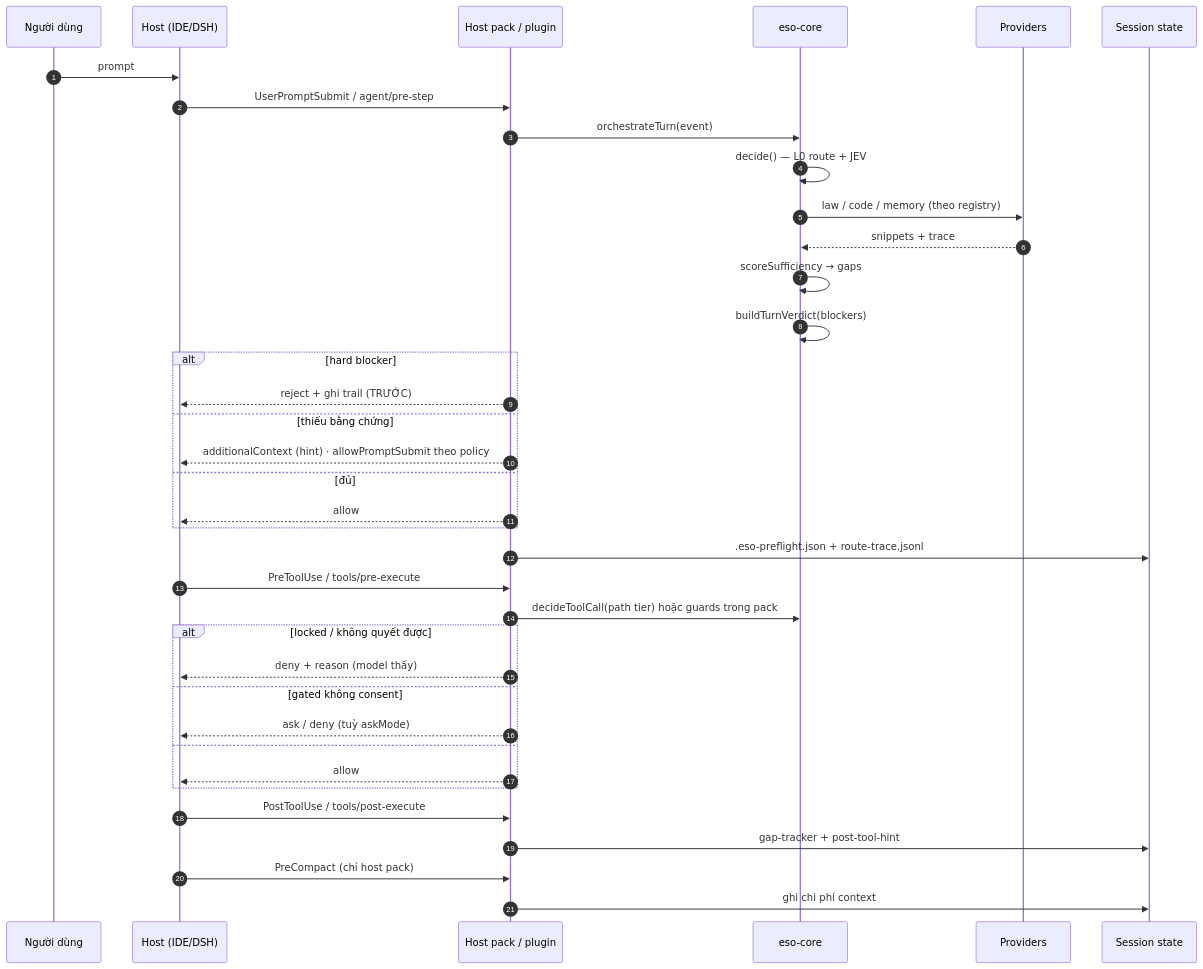
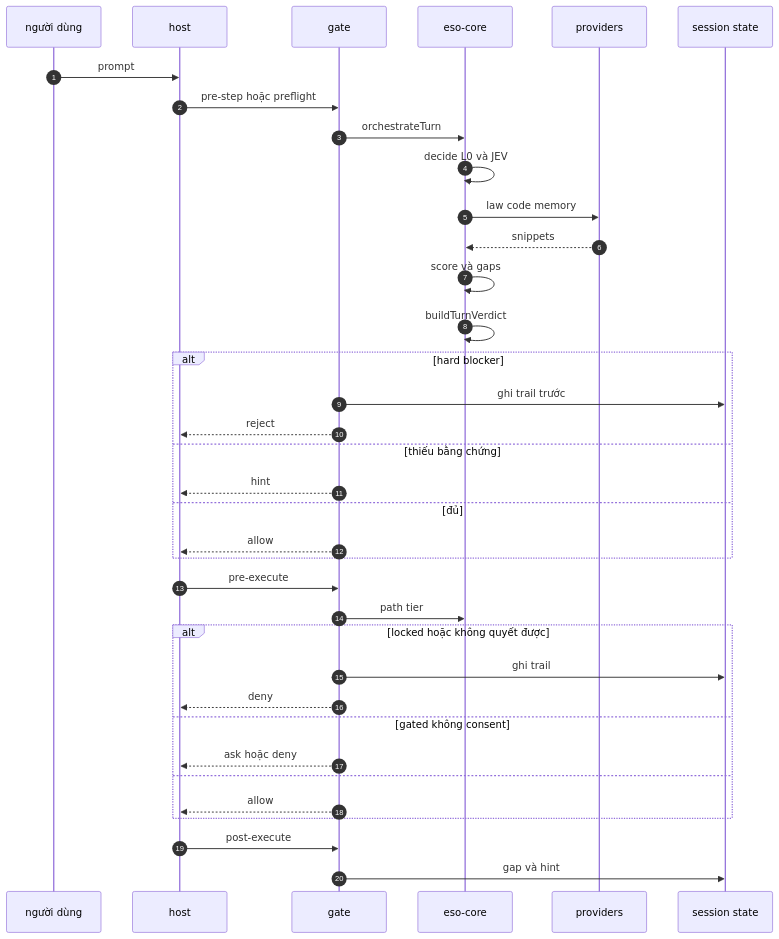
The first of 8 diagrams in documents/07.how-it-works/02.workflows.md (thangs2/harness-eso), drawn with Mermaid before and after one commit. The commit also changed other lines of this file and 10 other files, not shown here.

First line of the commit message:
docs: redraw the how-it-works pack under one mermaid standard

````diff
--- a/documents/07.how-it-works/02.workflows.md
+++ b/documents/07.how-it-works/02.workflows.md
@@ -5,43 +5,40 @@
 ```mermaid
 sequenceDiagram
-  autonumber
-  participant U as Người dùng
-  participant H as Host (IDE/DSH)
-  participant P as Host pack / plugin
-  participant C as eso-core
-  participant R as Providers
-  participant S as Session state
+    autonumber
+    participant U as người dùng
+    participant H as host
+    participant P as gate
+    participant C as eso-core
+    participant R as providers
+    participant S as session state
 
-  U->>H: prompt
-  H->>P: UserPromptSubmit / agent/pre-step
-  P->>C: orchestrateTurn(event)
-  C->>C: decide() — L0 route + JEV
-  C->>R: law / code / memory (theo registry)
-  R-->>C: snippets + trace
-  C->>C: scoreSufficiency → gaps
-  C->>C: buildTurnVerdict(blockers)
-  alt hard blocker
-    P-->>H: reject + ghi trail (TRƯỚC)
-  else thiếu bằng chứng
-    P-->>H: additionalContext (hint) · allowPromptSubmit theo policy
-  else đủ
-    P-->>H: allow
-  end
-  P->>S: .eso-preflight.json + route-trace.jsonl
+    U->>H: prompt
+    H->>P: pre-step hoặc preflight
+    P->>C: orchestrateTurn
+    C->>C: decide L0 và JEV
+    C->>R: law code memory
+    R-->>C: snippets
+    C->>C: score và gaps
+    C->>C: buildTurnVerdict
+    alt hard blocker
+        P->>S: ghi trail trước
+        P-->>H: reject
+    else thiếu bằng chứng
+        P-->>H: hint
+    else đủ
+        P-->>H: allow
+    end
+    H->>P: pre-execute
+    P->>C: path tier
+    alt locked hoặc không quyết được
+        P->>S: ghi trail
+        P-->>H: deny
+    else gated không consent
+        P-->>H: ask hoặc deny
+    else
+        P-->>H: allow
+    end
+    H->>P: post-execute
+    P->>S: gap và hint
 
-  H->>P: PreToolUse / tools/pre-execute
-  P->>C: decideToolCall(path tier) hoặc guards trong pack
-  alt locked / không quyết được
-    P-->>H: deny + reason (model thấy)
-  else gated không consent
-    P-->>H: ask / deny (tuỳ askMode)
-  else
-    P-->>H: allow
-  end
-
-  H->>P: PostToolUse / tools/post-execute
-  P->>S: gap-tracker + post-tool-hint
-
-  H->>P: PreCompact (chỉ host pack)
-  P->>S: ghi chi phí context
 ```
````
